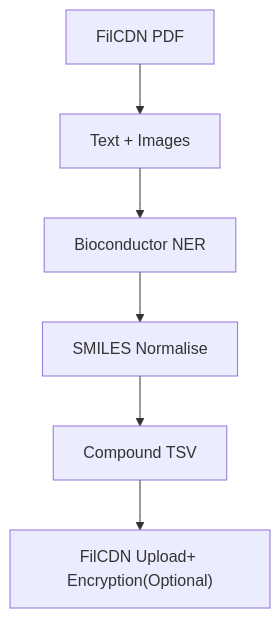
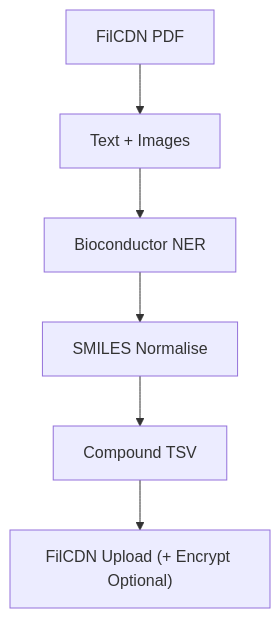
Before and after one commit to KintaGen/.github: the second of 10 diagrams in profile/README.md, drawn with Mermaid. The commit also changed other lines of this file, not shown here.

````diff
--- a/profile/README.md
+++ b/profile/README.md
@@ -62,8 +112,8 @@
 ```mermaid
 graph TD
     A[FilCDN PDF] --> B[Text + Images]
     B --> C[Bioconductor NER]
     C --> D[SMILES Normalise]
     D --> E[Compound TSV]
-    E --> F["FilCDN Upload+ Encryption(Optional)"]
+    E --> F["FilCDN Upload (+ Encrypt Optional)"]
 ```
````
